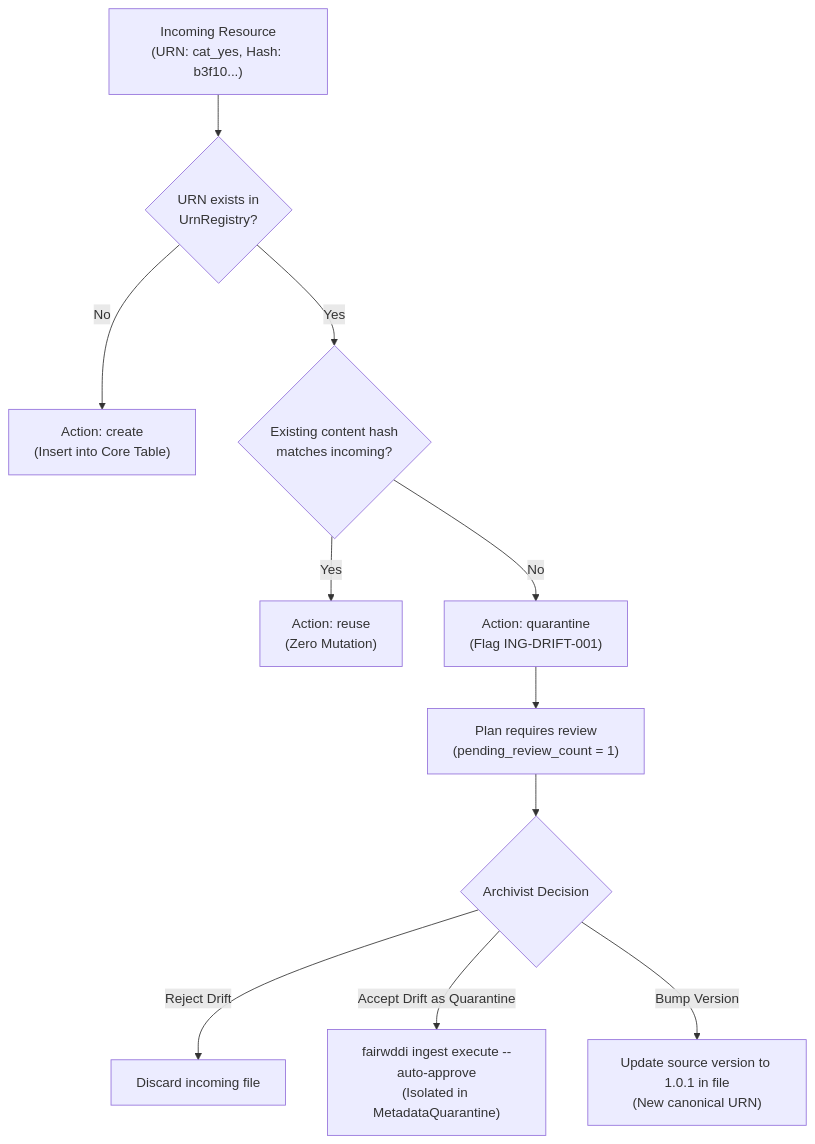
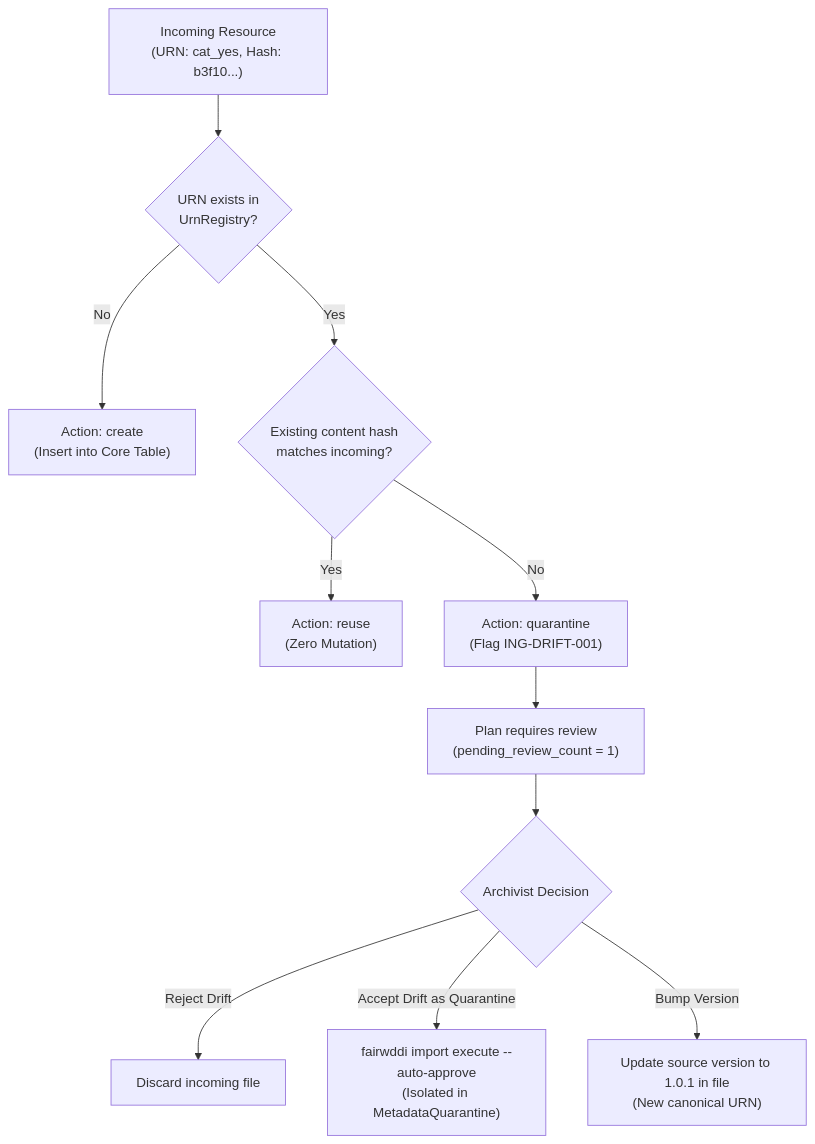
One commit to PlgaH/fairwddi-wp3-3 changed the third of 3 diagrams in deliverables/research/ingestion_troubleshooting_and_qa.md. Above: the diagram before and after it, drawn with Mermaid. The commit also changed other lines of this file and 163 other files, not shown here.

````diff
--- a/deliverables/research/ingestion_troubleshooting_and_qa.md
+++ b/deliverables/research/ingestion_troubleshooting_and_qa.md
@@ -276,14 +276,14 @@
 ```mermaid
 flowchart TD
     Incoming["Incoming Resource\n(URN: cat_yes, Hash: b3f10...)"] --> Check{"URN exists in\nUrnRegistry?"}
     Check -->|No| Create["Action: create\n(Insert into Core Table)"]
     Check -->|Yes| HashMatch{"Existing content hash\nmatches incoming?"}
     HashMatch -->|Yes| Reuse["Action: reuse\n(Zero Mutation)"]
     HashMatch -->|No| Quarantine["Action: quarantine\n(Flag ING-DRIFT-001)"]
     
     Quarantine --> PlanHalt["Plan requires review\n(pending_review_count = 1)"]
     PlanHalt --> Triage{"Archivist Decision"}
     Triage -->|Reject Drift| Drop["Discard incoming file"]
-    Triage -->|Accept Drift as Quarantine| ApplyQuar["fairwddi ingest execute --auto-approve\n(Isolated in MetadataQuarantine)"]
+    Triage -->|Accept Drift as Quarantine| ApplyQuar["fairwddi import execute --auto-approve\n(Isolated in MetadataQuarantine)"]
     Triage -->|Bump Version| Version["Update source version to 1.0.1 in file\n(New canonical URN)"]
 ```
````
